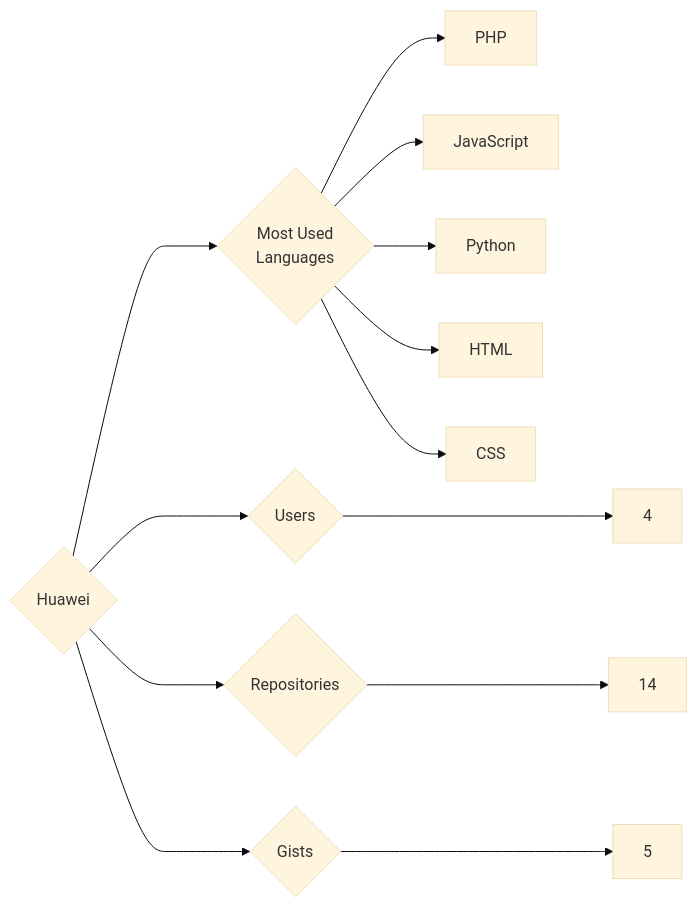
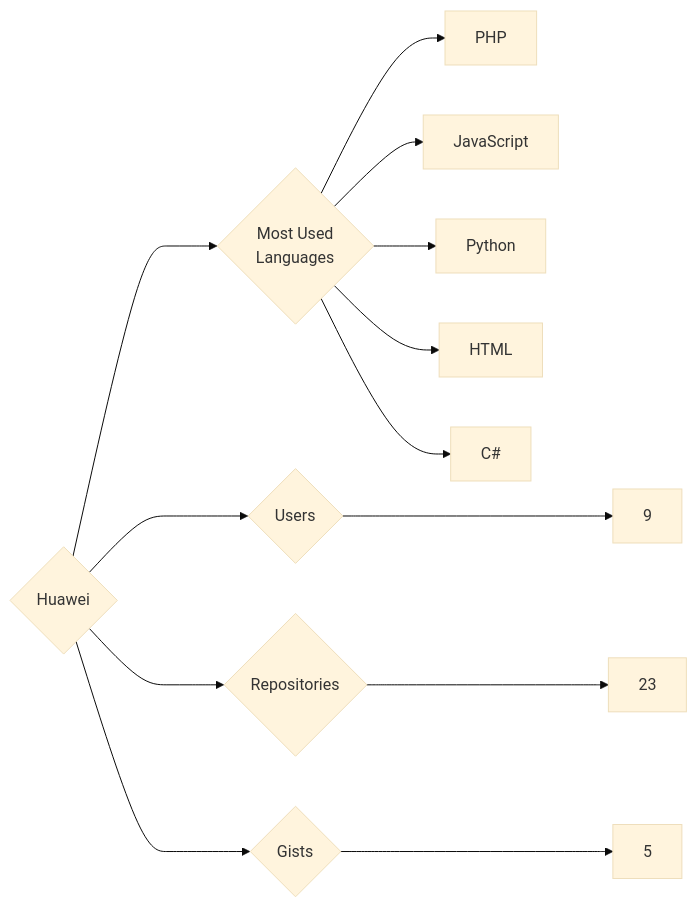
The diagram in targets/Huawei/README.md (trickest/insiders), drawn with Mermaid (base theme) before and after one commit. The commit also changed 988 other files, not shown here.

````diff
--- a/targets/Huawei/README.md
+++ b/targets/Huawei/README.md
@@ -3,13 +3,13 @@
 ```mermaid
 graph LR
 COMPANY_NAME{Huawei}
-COMPANY_NAME ---> U{Users} ---> UN[4]
-COMPANY_NAME ---> R{Repositories} ---> RN[14]
+COMPANY_NAME ---> U{Users} ---> UN[9]
+COMPANY_NAME ---> R{Repositories} ---> RN[23]
 COMPANY_NAME ---> G{Gists} ---> GN[5]
 COMPANY_NAME ---> ML{Most Used<br>Languages}
 ML --> PHP[PHP]
 ML --> JavaScript[JavaScript]
 ML --> Python[Python]
 ML --> HTML[HTML]
-ML --> CSS[CSS]
+ML --> C#[C#]
 ```
````
